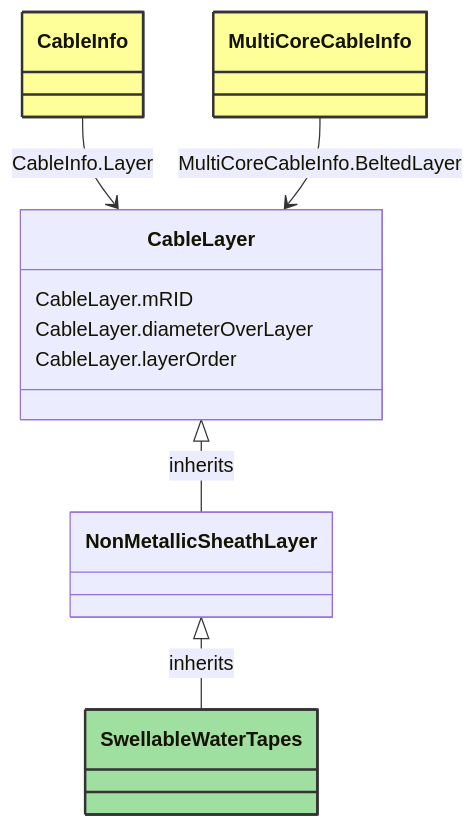
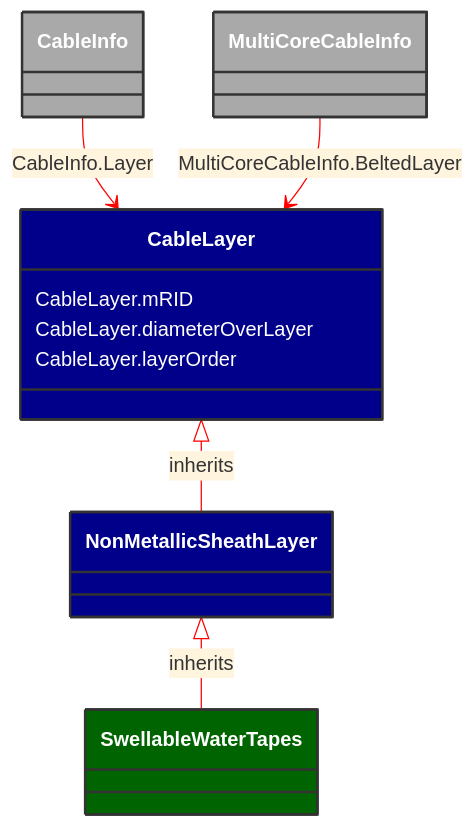
Before and after one commit to 3lbits/NoCIMExtensions: the diagram in docs/Models/Profiles/SubseaCableInfo/ConcreteClasses/SwellableWaterTapes.md, drawn with Mermaid. The commit also changed 58 other files, not shown here.

````diff
--- a/docs/Models/Profiles/SubseaCableInfo/ConcreteClasses/SwellableWaterTapes.md
+++ b/docs/Models/Profiles/SubseaCableInfo/ConcreteClasses/SwellableWaterTapes.md
@@ -8,36 +8,37 @@
 ```mermaid
+%%{init: {'theme':'base','themeVariables': {'lineColor': '#FF0000'}}}%%
 classDiagram
     class SwellableWaterTapes
     click SwellableWaterTapes href "/Models/Profiles/SubseaCableInfo/ConcreteClasses/SwellableWaterTapes/"
-    style SwellableWaterTapes fill:#9fdf9f,stroke:#333,stroke-width:2px,rx:10,ry:10
+    style SwellableWaterTapes fill:#006400,stroke:#333,stroke-width:2px,rx:10,ry:10,color:white
 
         NonMetallicSheathLayer <|-- SwellableWaterTapes : inherits
             click NonMetallicSheathLayer href "/Models/Profiles/SubseaCableInfo/ConcreteClasses/NonMetallicSheathLayer/"
-            style NonMetallicSheathLayer rx:10,ry:10
+            style NonMetallicSheathLayer fill:#00008B,stroke:#333,stroke-width:2px,rx:10,ry:10,color:white
 
         SwellableWaterTapes
             click SwellableWaterTapes href "/Models/Profiles/SubseaCableInfo/ConcreteClasses/SwellableWaterTapes/"
-            style SwellableWaterTapes rx:10,ry:10
+            style NonMetallicSheathLayer fill:#00008B,stroke:#333,stroke-width:2px,rx:10,ry:10,color:white
 
         CableLayer <|-- NonMetallicSheathLayer : inherits
             click CableLayer href "/Models/Profiles/SubseaCableInfo/AbstractClasses/CableLayer/"
-            style CableLayer rx:10,ry:10
+            style CableLayer fill:#00008B,stroke:#333,stroke-width:2px,rx:10,ry:10,color:white
 
 
         CableInfo --> CableLayer : CableInfo.Layer
 
         CableInfo
             click CableInfo href "/Models/Profiles/SubseaCableInfo/ConcreteClasses/CableInfo/"
-            style CableInfo fill:#ffff99,stroke:#333,stroke-width:2px,rx:10,ry:10
+            style CableInfo fill:#A9A9A9,stroke:#333,stroke-width:2px,rx:10,ry:10,color:white
 
         MultiCoreCableInfo --> CableLayer : MultiCoreCableInfo.BeltedLayer
 
         MultiCoreCableInfo
             click MultiCoreCableInfo href "/Models/Profiles/SubseaCableInfo/ConcreteClasses/MultiCoreCableInfo/"
-            style MultiCoreCableInfo fill:#ffff99,stroke:#333,stroke-width:2px,rx:10,ry:10
+            style MultiCoreCableInfo fill:#A9A9A9,stroke:#333,stroke-width:2px,rx:10,ry:10,color:white
 
 
         CableLayer : CableLayer.mRID
         CableLayer : CableLayer.diameterOverLayer
         CableLayer : CableLayer.layerOrder
 ```
````
